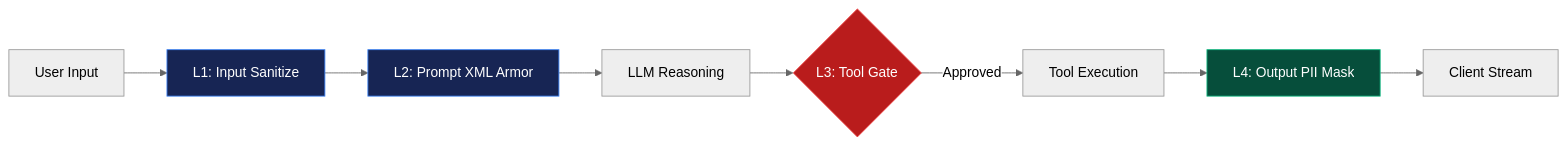
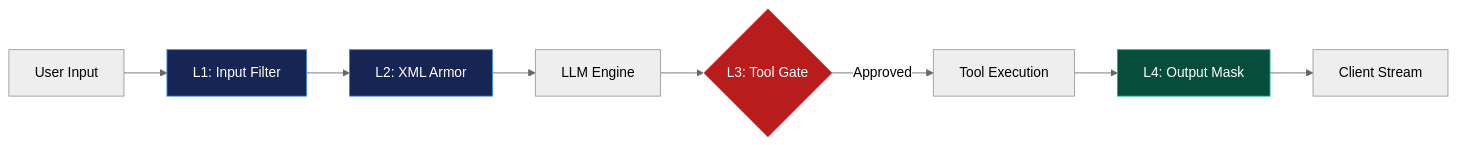
The second of 3 diagrams in tech/agentic-ai/slides/_12-security-guardrails.qmd (tvseshagiri/kaameekru), drawn with Mermaid (neutral theme) before and after one commit. The commit also changed other lines of this file and 4 other files, not shown here.

````diff
--- a/tech/agentic-ai/slides/_12-security-guardrails.qmd
+++ b/tech/agentic-ai/slides/_12-security-guardrails.qmd
@@ -54,14 +104,14 @@
 ```{mermaid}
 graph LR
-    User[User Input] --> L1[L1: Input Sanitize]
-    L1 --> L2[L2: Prompt XML Armor]
-    L2 --> LLM[LLM Reasoning]
+    User[User Input] --> L1[L1: Input Filter]
+    L1 --> L2[L2: XML Armor]
+    L2 --> LLM[LLM Engine]
     LLM --> L3{L3: Tool Gate}
     L3 -- Approved --> Tool[Tool Execution]
-    Tool --> L4[L4: Output PII Mask]
+    Tool --> L4[L4: Output Mask]
     L4 --> Client[Client Stream]
     style L1 fill:#172554,stroke:#3b82f6,color:#fff
     style L2 fill:#172554,stroke:#3b82f6,color:#fff
     style L3 fill:#b91c1c,stroke:#ef4444,color:#fff
     style L4 fill:#064e3b,stroke:#10b981,color:#fff
 ```
````
